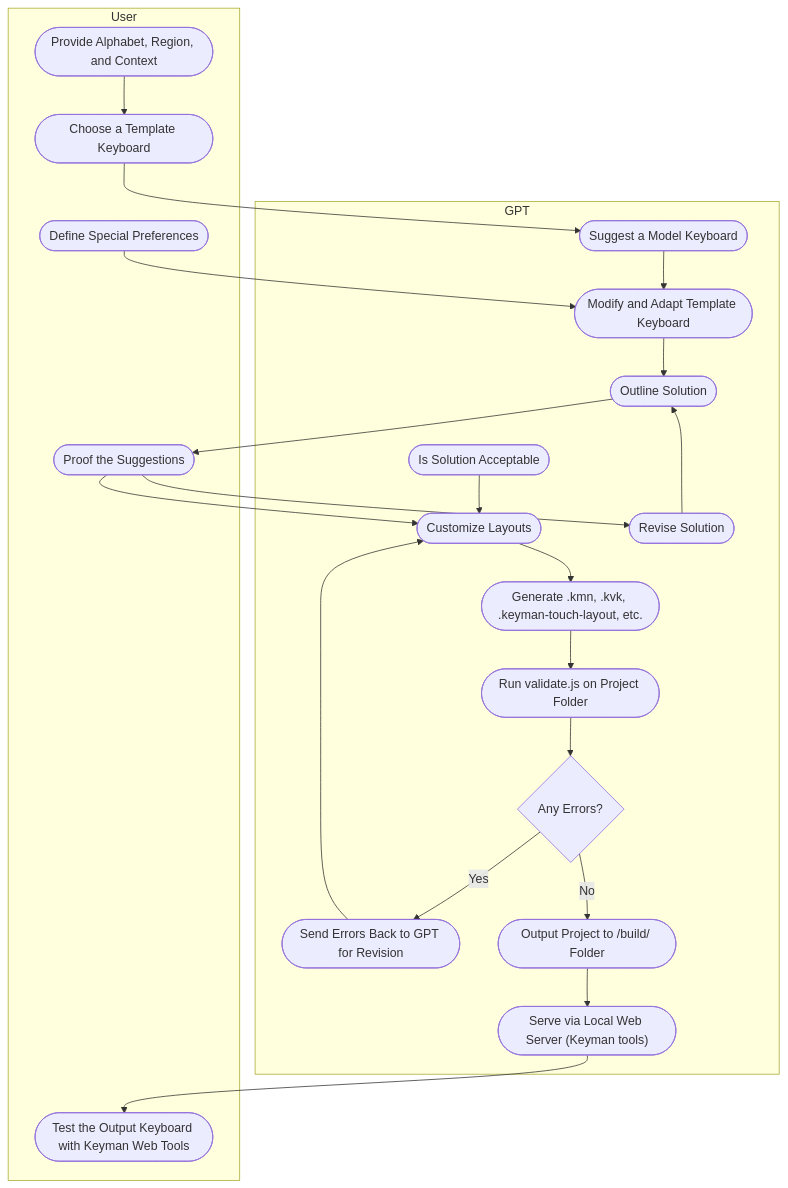
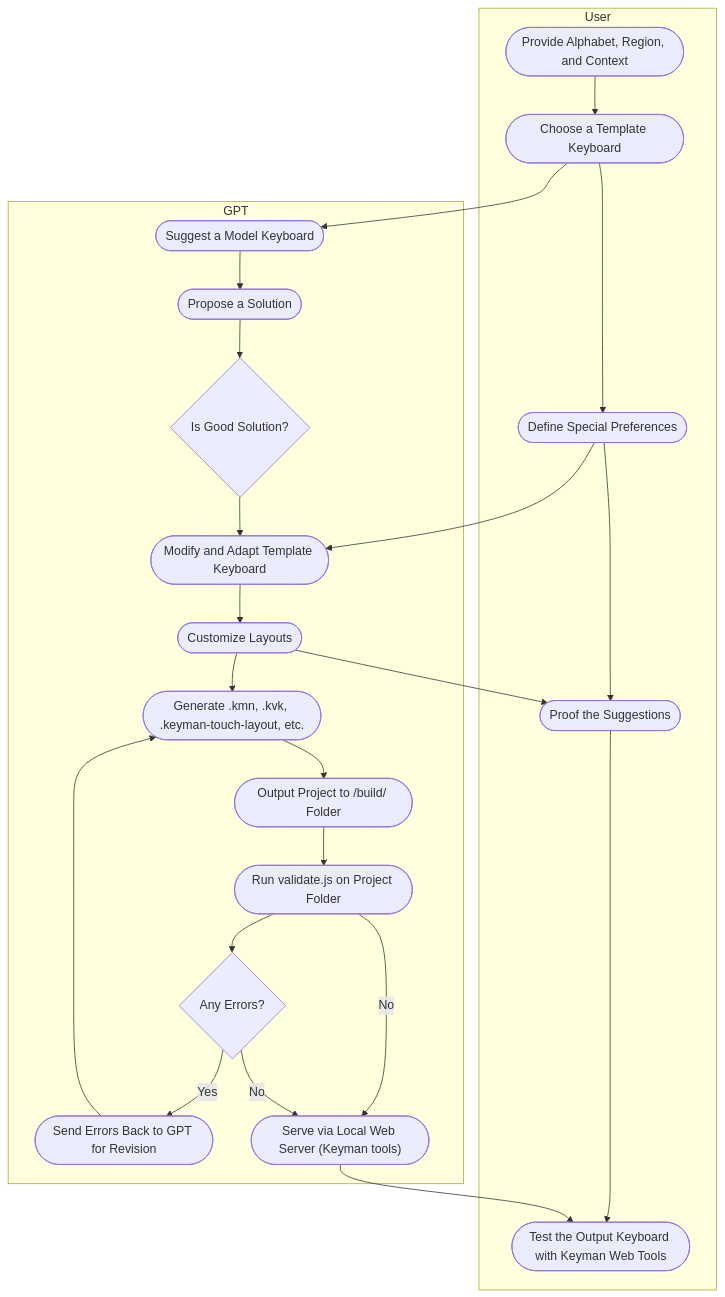
The diagram in validate.md (MattGyverLee/vscode-keyman-validator), drawn with Mermaid before and after one commit.

````diff
--- a/validate.md
+++ b/validate.md
@@ -1,33 +1,33 @@
 ```mermaid
 flowchart TD
 
   subgraph User
     U1(["Provide Alphabet, Region, and Context"])
     U2(["Choose a Template Keyboard"])
     U3(["Define Special Preferences"])
     U4(["Proof the Suggestions"])
     U5(["Test the Output Keyboard with Keyman Web Tools"])
   end
 
   subgraph GPT
     G1(["Suggest a Model Keyboard"])
     G2(["Modify and Adapt Template Keyboard"])
     G3(["Customize Layouts"])
     G4(["Generate .kmn, .kvk, .keyman-touch-layout, etc."])
     G5(["Run validate.js on Project Folder"])
     G6{Any Errors?}
     G7(["Send Errors Back to GPT for Revision"])
-    G9(["Outline Solution"])
-    G11(["Revise Solution"])
-    G12(["Is Solution Acceptable"])
-    G8(["Output Project to /build/ Folder"])
+    G8(["Propose a Solution"])
+    G11{Is Good Solution?}
+    G9(["Output Project to /build/ Folder"])
     G10(["Serve via Local Web Server (Keyman tools)"])
   end
 
-  U1 --> U2 --> G1 --> G2
-  U3 --> G2 --> G9 --> U4 --> G3 --> G4 --> G5 --> G6
-  G6 -- Yes --> G7 --> G3
-  G6 -- No --> G8 --> G10 --> U5
-  U4 --> G11 --> G9
-  G12 --> G3
+  U1 --> U2 --> G1 --> G8 --> G11 --> G2
+  U2 --> U3 --> U4 --> U5
+  U3 --> G2 --> G3 --> G4 --> G9 --> G5
+  G5 --> G6 -- Yes --> G7 --> G4
+  G5 -- No --> G10 --> U5
+  G3 --> U4
+  G6 -- No --> G10
 ```
````
